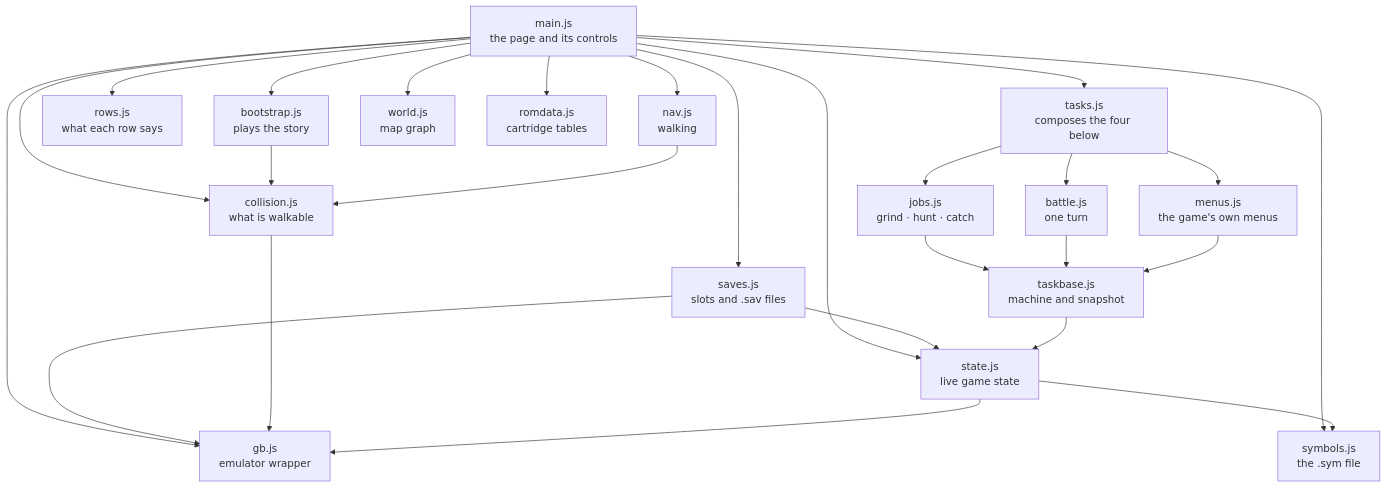
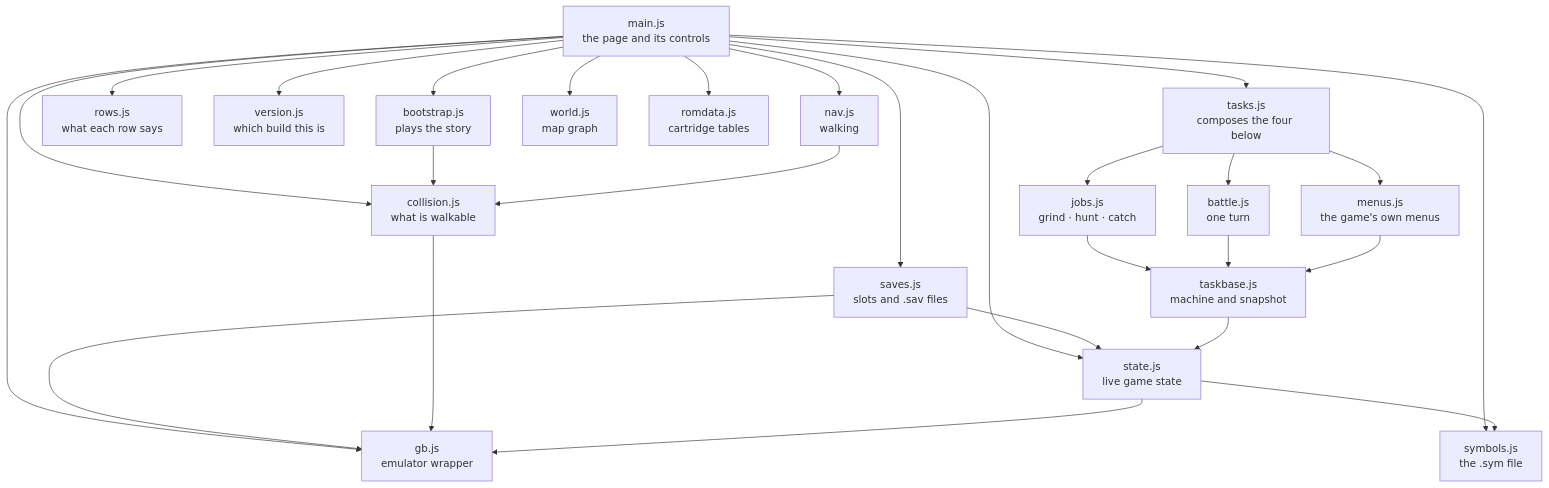
Before and after one commit to minormending/crystal-pilot-mobile: the second of 16 diagrams in docs/CODE.md, drawn with Mermaid. The commit also changed other lines of this file and 4 other files, not shown here.

````diff
--- a/docs/CODE.md
+++ b/docs/CODE.md
@@ -99,45 +99,47 @@
 ```mermaid
 flowchart TD
     main["main.js<br/>the page and its controls"]
     boot["bootstrap.js<br/>plays the story"]
     tasks["tasks.js<br/>composes the four below"]
     jobs["jobs.js<br/>grind · hunt · catch"]
     btl["battle.js<br/>one turn"]
     menus["menus.js<br/>the game's own menus"]
     tbase["taskbase.js<br/>machine and snapshot"]
     rows["rows.js<br/>what each row says"]
+    ver["version.js<br/>which build this is"]
     nav["nav.js<br/>walking"]
     world["world.js<br/>map graph"]
     coll["collision.js<br/>what is walkable"]
     state["state.js<br/>live game state"]
     rom["romdata.js<br/>cartridge tables"]
     sym["symbols.js<br/>the .sym file"]
     saves["saves.js<br/>slots and .sav files"]
     gb["gb.js<br/>emulator wrapper"]
 
     main --> boot
     main --> tasks
     main --> rows
+    main --> ver
     main --> nav
     main --> world
     main --> coll
     main --> state
     main --> rom
     main --> sym
     main --> gb
     main --> saves
     saves --> gb
     saves --> state
     boot --> coll
     tasks --> jobs
     tasks --> btl
     tasks --> menus
     jobs --> tbase
     btl --> tbase
     menus --> tbase
     tbase --> state
     nav --> coll
     coll --> gb
     state --> gb
     state --> sym
 ```
````
